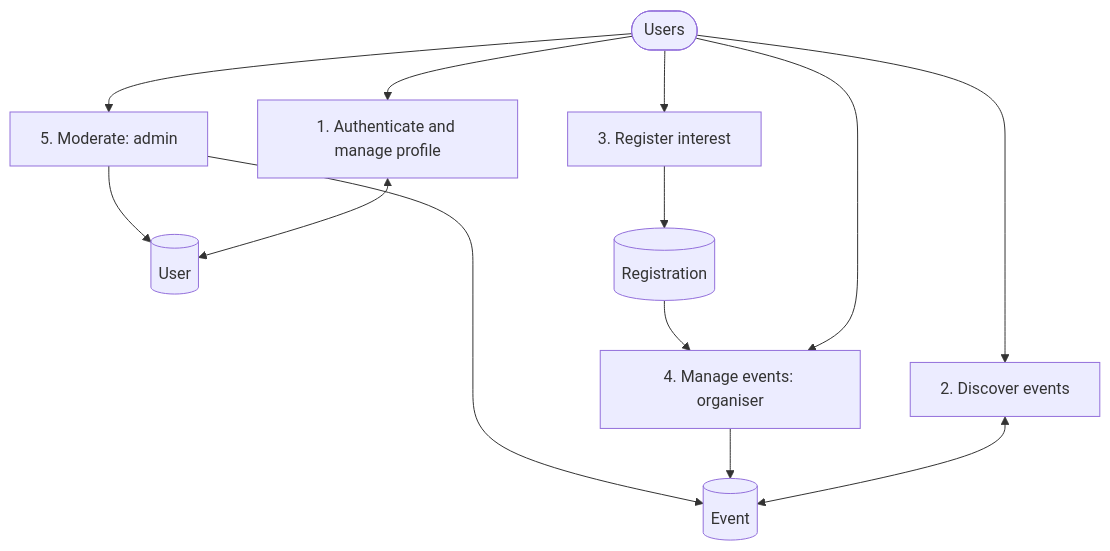
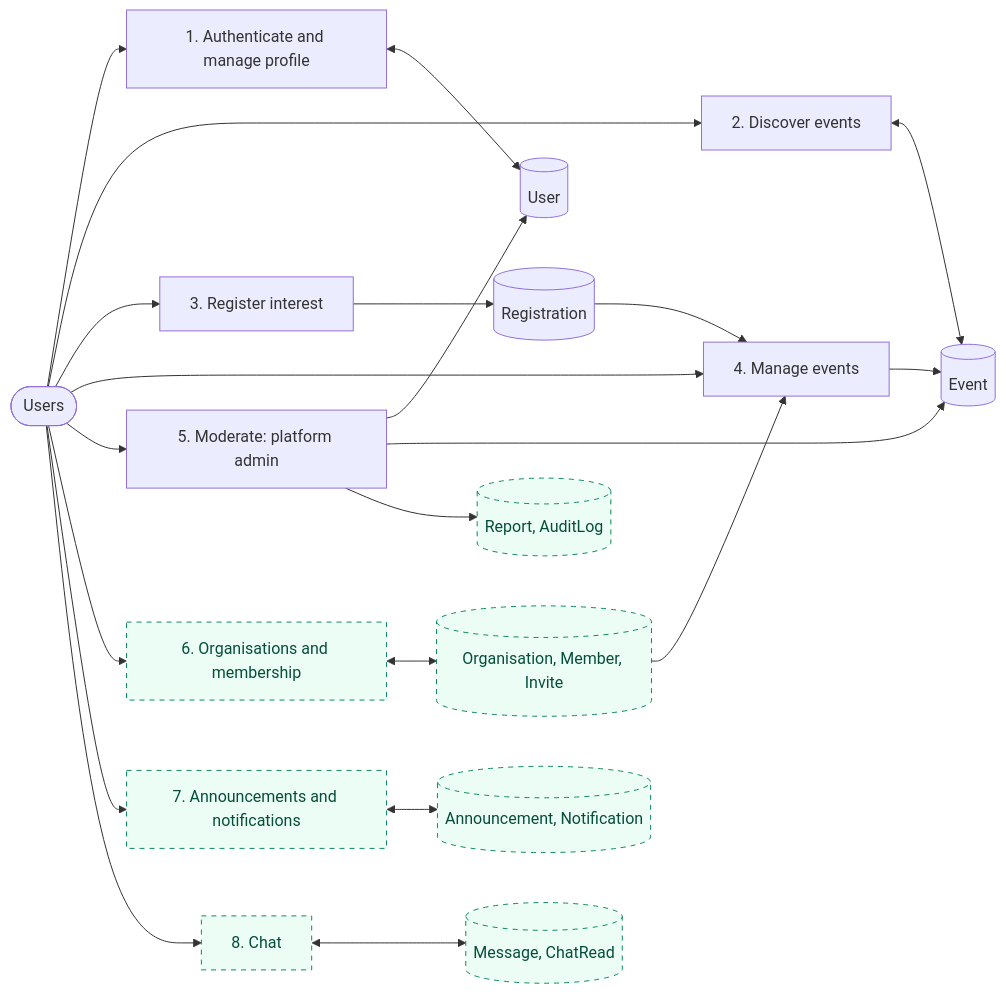
The fourth of 16 diagrams in docs/PROJECT_REPORT.md (Saransh-Jainbu/goodloop), drawn with Mermaid before and after one commit. The commit also changed other lines of this file and 37 other files, not shown here.

Commit message:
Report: describe the final system including organisations, with real screenshots and rendered diagrams

````diff
--- a/docs/PROJECT_REPORT.md
+++ b/docs/PROJECT_REPORT.md
@@ -139,15 +227,24 @@
 ```mermaid
-flowchart TD
+flowchart LR
     U([Users]) --> P1[1. Authenticate and manage profile]
     P1 <--> DB1[(User)]
     U --> P2[2. Discover events]
     P2 <--> DB2[(Event)]
     U --> P3[3. Register interest]
     P3 --> DB3[(Registration)]
-    U --> P4[4. Manage events: organiser]
+    U --> P4[4. Manage events]
     P4 --> DB2
-    U --> P5[5. Moderate: admin]
+    U --> P5[5. Moderate: platform admin]
     P5 --> DB1
     P5 --> DB2
     DB3 --> P4
+    U --> P6["6. Organisations and membership"]:::planned
+    P6 <--> DB4[(Organisation, Member, Invite)]:::planned
+    U --> P7["7. Announcements and notifications"]:::planned
+    P7 <--> DB5[(Announcement, Notification)]:::planned
+    U --> P8["8. Chat"]:::planned
+    P8 <--> DB6[(Message, ChatRead)]:::planned
+    P5 --> DB7[(Report, AuditLog)]:::planned
+    DB4 --> P4
+    classDef planned stroke-dasharray: 5 5,stroke:#0f8a5f,fill:#ecfdf5,color:#064e3b;
 ```
````
